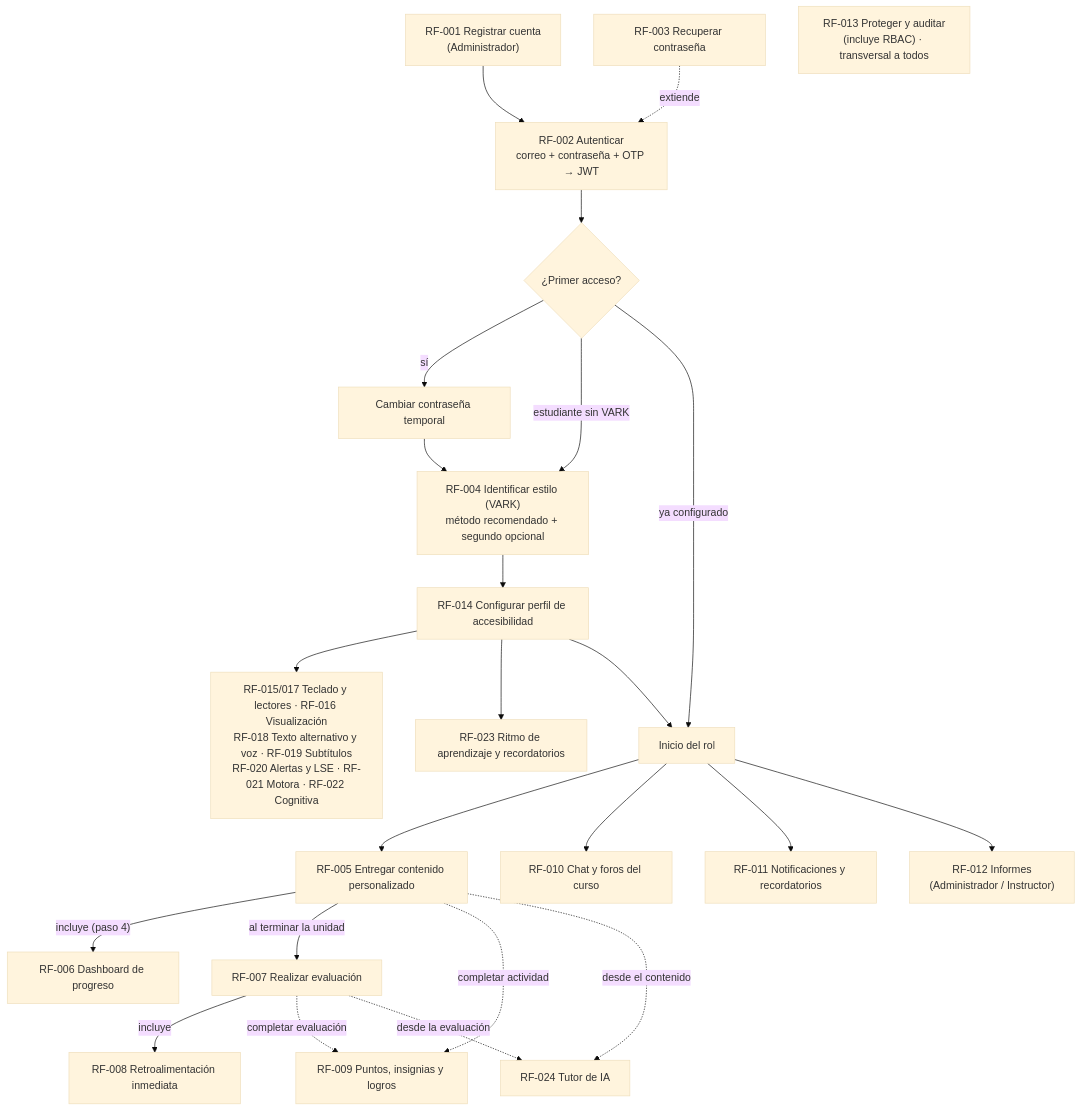
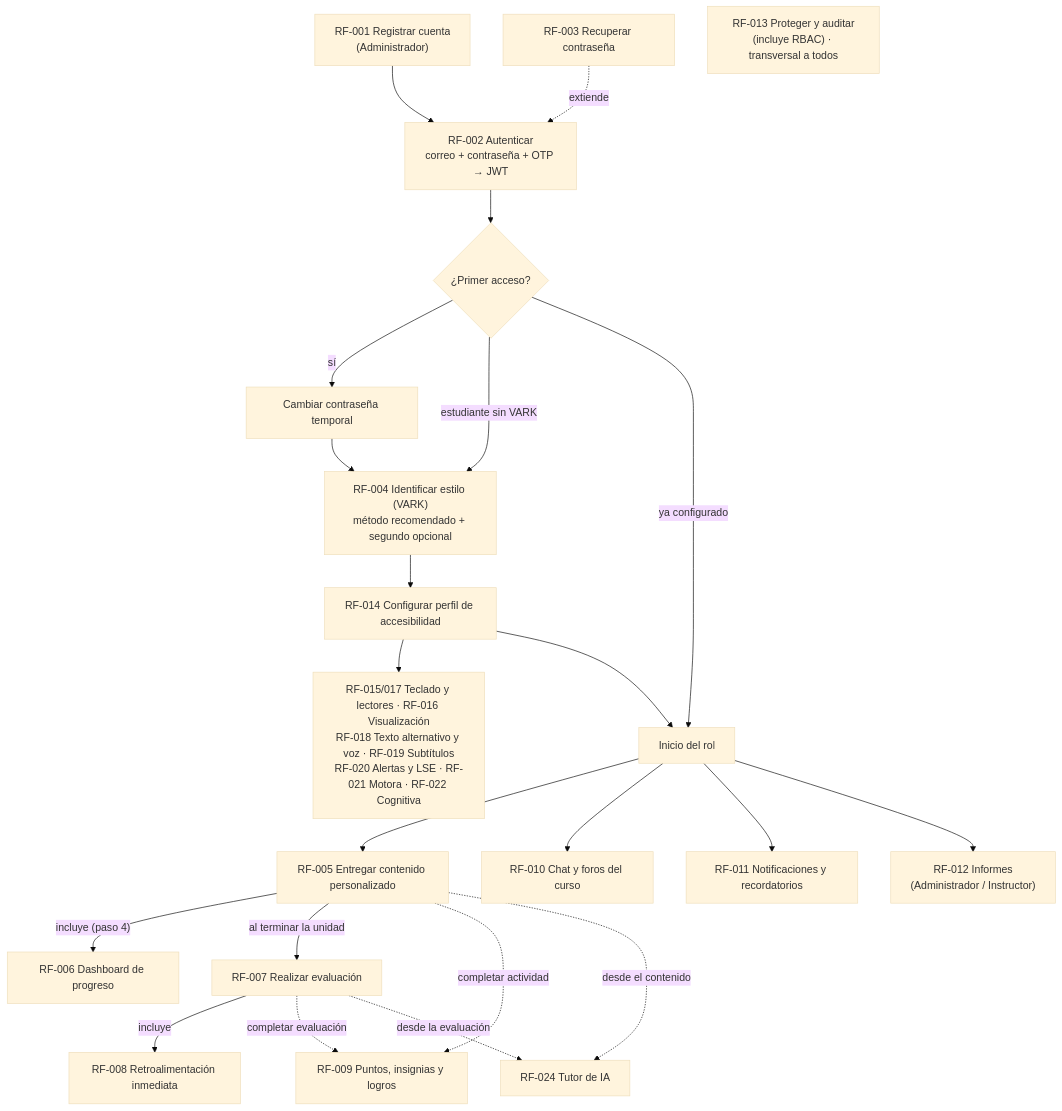
One commit to Dragonico1/V-learning changed the second of 2 diagrams in README.md. Above: the diagram before and after it, drawn with Mermaid (base theme). The commit also changed other lines of this file and 1 other file, not shown here.

First line of the commit message:
docs: eliminar RF-023 (ritmo de aprendizaje) y aclarar exportaciones sin contraseña

````diff
--- a/README.md
+++ b/README.md
@@ -236,29 +236,28 @@
 ```mermaid
 flowchart TD
     CU001["RF-001 Registrar cuenta<br/>(Administrador)"] --> CU002
     CU003["RF-003 Recuperar contraseña"] -. "extiende" .-> CU002
     CU002["RF-002 Autenticar<br/>correo + contraseña + OTP → JWT"]
     CU002 --> PA{"¿Primer acceso?"}
     PA -- "sí" --> CPW["Cambiar contraseña temporal"]
     CPW --> CU004
     PA -- "estudiante sin VARK" --> CU004
     PA -- "ya configurado" --> DASH
     CU004["RF-004 Identificar estilo (VARK)<br/>método recomendado + segundo opcional"]
     CU004 --> CU014["RF-014 Configurar perfil de accesibilidad"]
     CU014 --> ACC["RF-015/017 Teclado y lectores · RF-016 Visualización<br/>RF-018 Texto alternativo y voz · RF-019 Subtítulos<br/>RF-020 Alertas y LSE · RF-021 Motora · RF-022 Cognitiva"]
-    CU014 --> CU023["RF-023 Ritmo de aprendizaje y recordatorios"]
     CU014 --> DASH
     DASH["Inicio del rol"] --> CU005
     CU005["RF-005 Entregar contenido personalizado"]
     CU005 -- "incluye (paso 4)" --> CU006["RF-006 Dashboard de progreso"]
     CU005 -- "al terminar la unidad" --> CU007["RF-007 Realizar evaluación"]
     CU007 -- "incluye" --> CU008["RF-008 Retroalimentación inmediata"]
     CU005 -. "completar actividad" .-> CU009["RF-009 Puntos, insignias y logros"]
     CU007 -. "completar evaluación" .-> CU009
     CU005 -. "desde el contenido" .-> CU024["RF-024 Tutor de IA"]
     CU007 -. "desde la evaluación" .-> CU024
     DASH --> CU010["RF-010 Chat y foros del curso"]
     DASH --> CU011["RF-011 Notificaciones y recordatorios"]
     DASH --> CU012["RF-012 Informes<br/>(Administrador / Instructor)"]
     CU013["RF-013 Proteger y auditar<br/>(incluye RBAC) · transversal a todos"]
 ```
````
